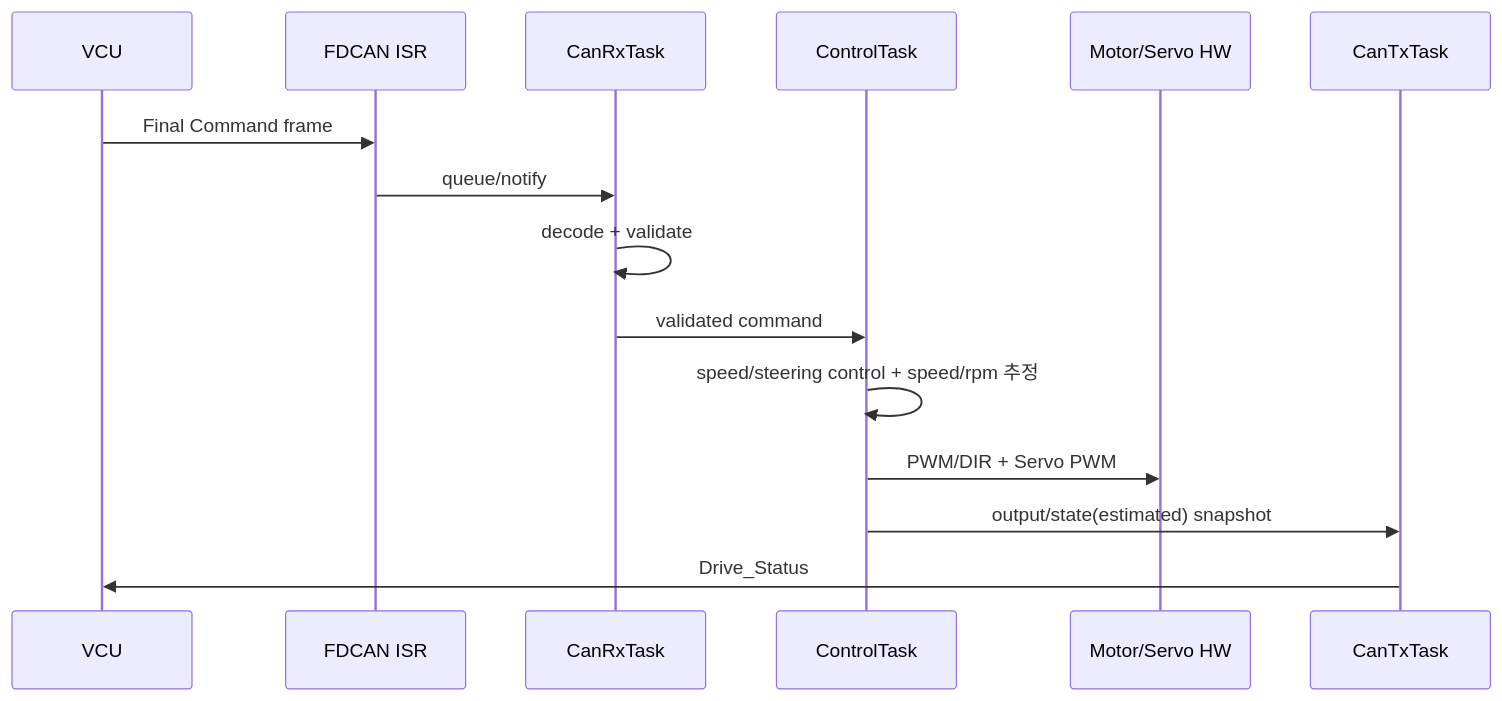
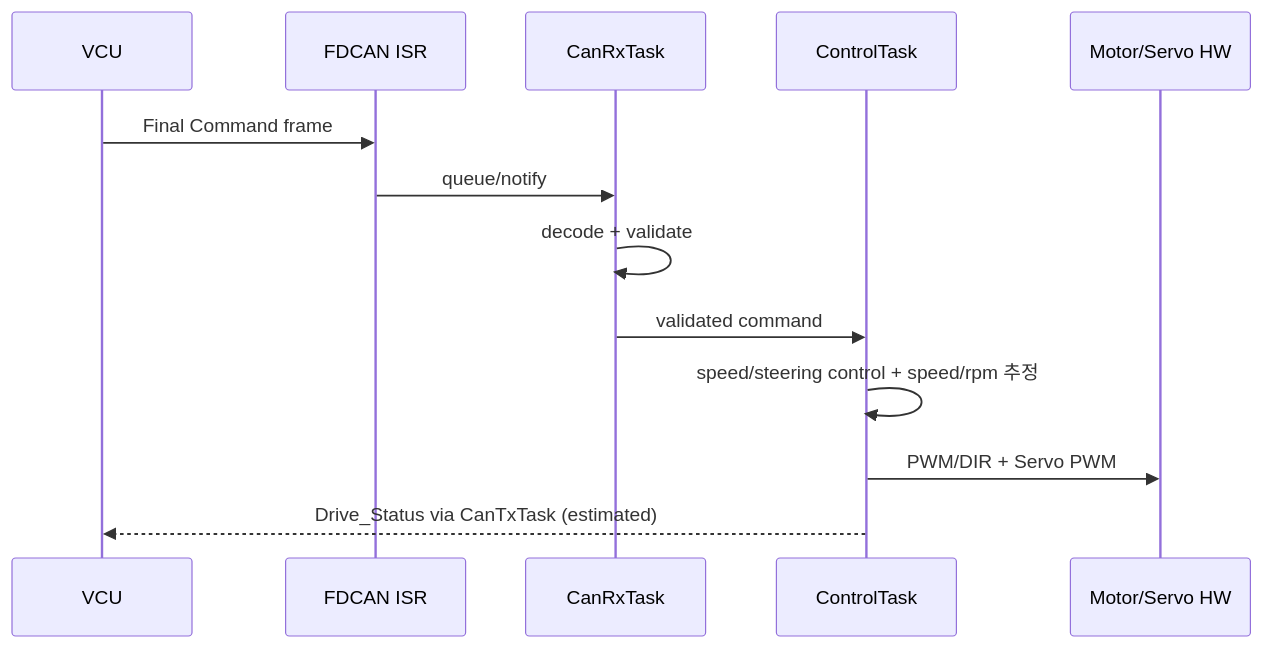
One commit to sunmaan22/SDV_MCU_Project changed the second of 5 diagrams in docs/ecus/Motor_Steering_Control/ARCHITECTURE.md. Above: the diagram before and after it, drawn with Mermaid. The commit also changed other lines of this file and 33 other files, not shown here.

````diff
--- a/docs/ecus/Motor_Steering_Control/ARCHITECTURE.md
+++ b/docs/ecus/Motor_Steering_Control/ARCHITECTURE.md
@@ -315,18 +318,16 @@
 ```mermaid
 sequenceDiagram
     participant VCU
     participant ISR as FDCAN ISR
     participant RX as CanRxTask
     participant CTRL as ControlTask
     participant OUT as Motor/Servo HW
-    participant TX as CanTxTask
 
     VCU->>ISR: Final Command frame
     ISR->>RX: queue/notify
     RX->>RX: decode + validate
     RX->>CTRL: validated command
     CTRL->>CTRL: speed/steering control + speed/rpm 추정
     CTRL->>OUT: PWM/DIR + Servo PWM
-    CTRL->>TX: output/state(estimated) snapshot
-    TX->>VCU: Drive_Status
+    CTRL-->>VCU: Drive_Status via CanTxTask (estimated)
 ```
````
